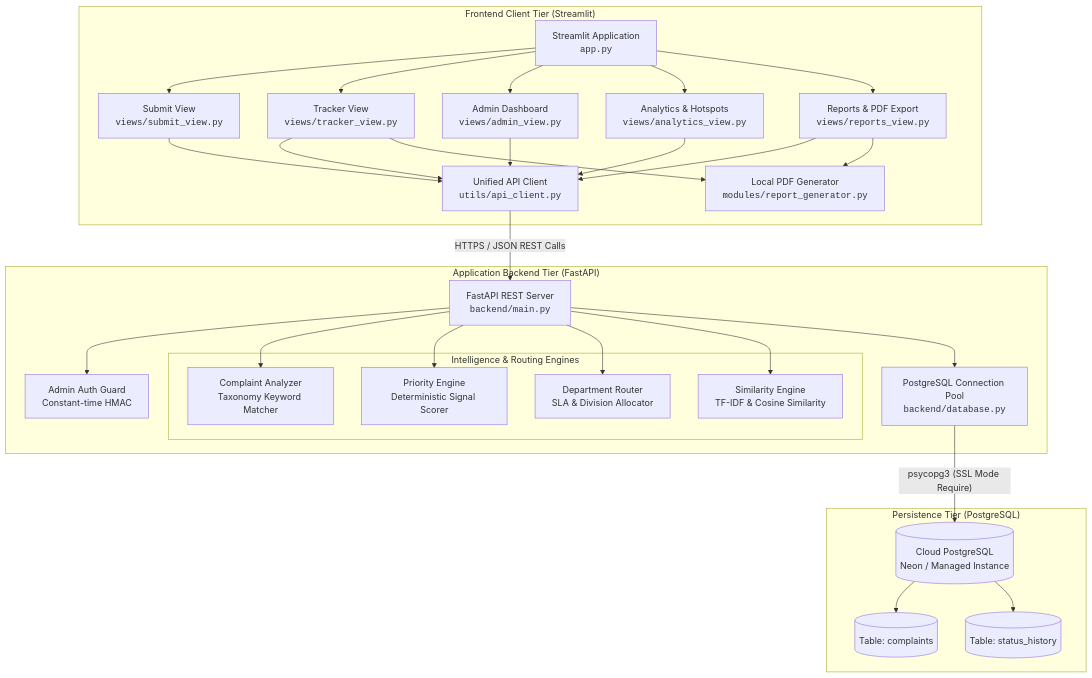
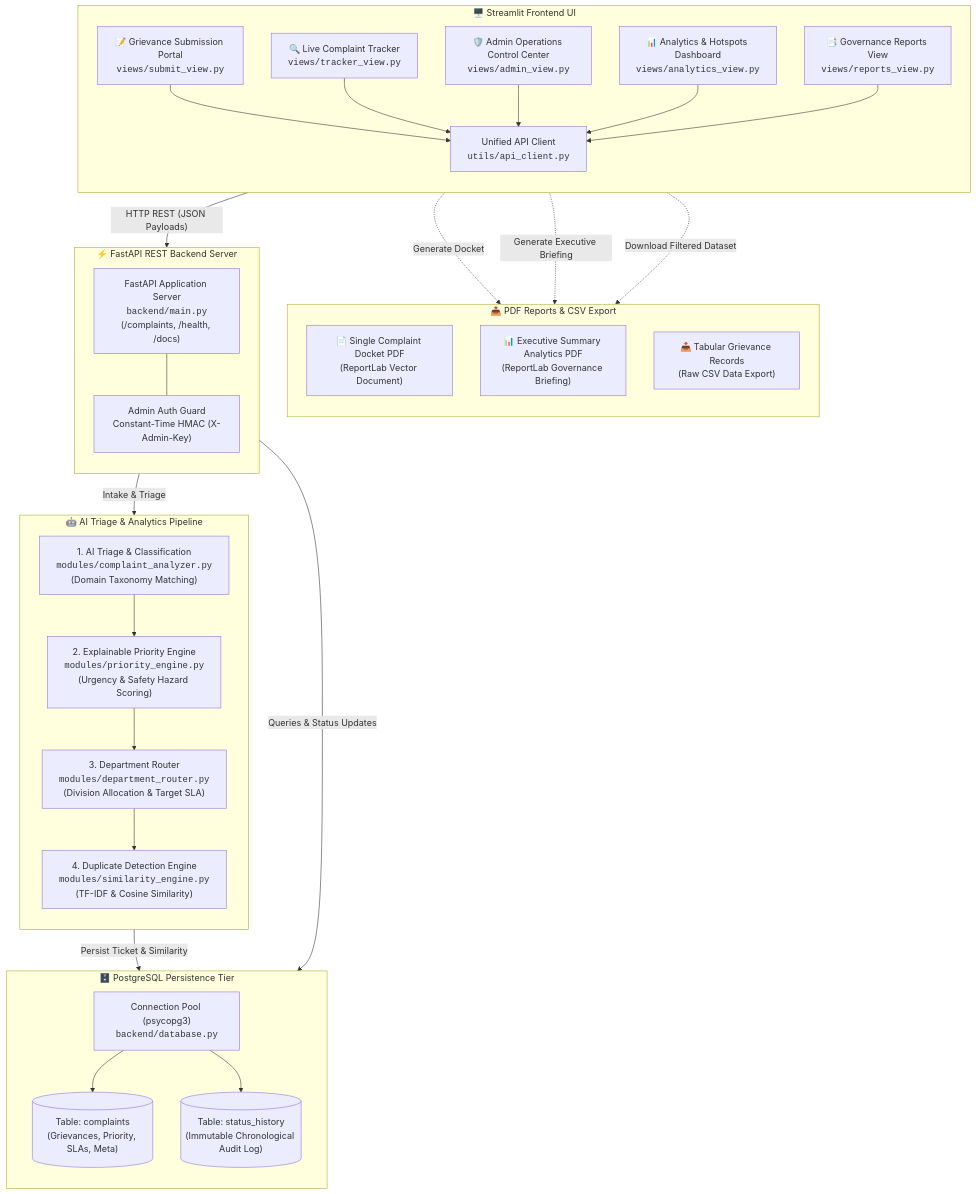
The first of 3 diagrams in docs/ARCHITECTURE.md (sandhiyabalasubramani/CivicPulse-AI), drawn with Mermaid before and after one commit. The commit also changed other lines of this file and 5 other files, not shown here.

````diff
--- a/docs/ARCHITECTURE.md
+++ b/docs/ARCHITECTURE.md
@@ -11,57 +11,64 @@
 ```mermaid
-flowchart TB
-    subgraph ClientLayer["Frontend Client Tier (Streamlit)"]
-        UI["Streamlit Application<br/><code>app.py</code>"]
-        V_Submit["Submit View<br/><code>views/submit_view.py</code>"]
-        V_Track["Tracker View<br/><code>views/tracker_view.py</code>"]
-        V_Admin["Admin Dashboard<br/><code>views/admin_view.py</code>"]
-        V_Analytics["Analytics & Hotspots<br/><code>views/analytics_view.py</code>"]
-        V_Reports["Reports & PDF Export<br/><code>views/reports_view.py</code>"]
-        ApiClient["Unified API Client<br/><code>utils/api_client.py</code>"]
-        PdfGen["Local PDF Generator<br/><code>modules/report_generator.py</code>"]
+flowchart TD
+    subgraph UI["🖥️ Streamlit Frontend UI"]
+        direction TB
+        V_Submit["📝 Grievance Submission Portal<br/><code>views/submit_view.py</code>"]
+        V_Track["🔍 Live Complaint Tracker<br/><code>views/tracker_view.py</code>"]
+        V_Admin["🛡️ Admin Operations Control Center<br/><code>views/admin_view.py</code>"]
+        V_Analytics["📊 Analytics & Hotspots Dashboard<br/><code>views/analytics_view.py</code>"]
+        V_Reports["📑 Governance Reports View<br/><code>views/reports_view.py</code>"]
+        API_Client["Unified API Client<br/><code>utils/api_client.py</code>"]
 
-        UI --> V_Submit
-        UI --> V_Track
-        UI --> V_Admin
-        UI --> V_Analytics
-        UI --> V_Reports
-        V_Submit --> ApiClient
-        V_Track --> ApiClient
-        V_Admin --> ApiClient
-        V_Analytics --> ApiClient
-        V_Reports --> ApiClient
-        V_Reports --> PdfGen
-        V_Track --> PdfGen
+        V_Submit --> API_Client
+        V_Track --> API_Client
+        V_Admin --> API_Client
+        V_Analytics --> API_Client
+        V_Reports --> API_Client
     end
 
-    subgraph ApiLayer["Application Backend Tier (FastAPI)"]
-        API["FastAPI REST Server<br/><code>backend/main.py</code>"]
-        AuthMiddleware["Admin Auth Guard<br/>Constant-time HMAC"]
-        
-        subgraph EngineLayer["Intelligence & Routing Engines"]
-            Analyzer["Complaint Analyzer<br/>Taxonomy Keyword Matcher"]
-            PriorityEng["Priority Engine<br/>Deterministic Signal Scorer"]
-            DeptRouter["Department Router<br/>SLA & Division Allocator"]
-            SimEngine["Similarity Engine<br/>TF-IDF & Cosine Similarity"]
-        end
-
-        DBPool["PostgreSQL Connection Pool<br/><code>backend/database.py</code>"]
+    subgraph Exports["📤 PDF Reports & CSV Export"]
+        direction TB
+        PDF_Docket["📄 Single Complaint Docket PDF<br/>(ReportLab Vector Document)"]
+        PDF_Summary["📊 Executive Summary Analytics PDF<br/>(ReportLab Governance Briefing)"]
+        CSV_Export["📥 Tabular Grievance Records<br/>(Raw CSV Data Export)"]
     end
 
-    subgraph DataLayer["Persistence Tier (PostgreSQL)"]
-        DB[(Cloud PostgreSQL<br/>Neon / Managed Instance)]
-        T_Complaints[("Table: complaints")]
-        T_History[("Table: status_history")]
-        DB --> T_Complaints
-        DB --> T_History
+    subgraph API["⚡ FastAPI REST Backend Server"]
+        direction TB
+        FastAPI_App["FastAPI Application Server<br/><code>backend/main.py</code><br/>(/complaints, /health, /docs)"]
+        Admin_Auth["Admin Auth Guard<br/>Constant-Time HMAC (X-Admin-Key)"]
+        FastAPI_App --- Admin_Auth
     end
 
-    ApiClient -- "HTTPS / JSON REST Calls" --> API
-    API --> AuthMiddleware
-    API --> Analyzer
-    API --> PriorityEng
-    API --> DeptRouter
-    API --> SimEngine
-    API --> DBPool
-    DBPool -- "psycopg3 (SSL Mode Require)" --> DB
+    subgraph AI["🤖 AI Triage & Analytics Pipeline"]
+        direction TB
+        AI_Triage["1. AI Triage & Classification<br/><code>modules/complaint_analyzer.py</code><br/>(Domain Taxonomy Matching)"]
+        Priority_Eng["2. Explainable Priority Engine<br/><code>modules/priority_engine.py</code><br/>(Urgency & Safety Hazard Scoring)"]
+        Dept_Router["3. Department Router<br/><code>modules/department_router.py</code><br/>(Division Allocation & Target SLA)"]
+        Duplicate_Detect["4. Duplicate Detection Engine<br/><code>modules/similarity_engine.py</code><br/>(TF-IDF & Cosine Similarity)"]
+
+        AI_Triage --> Priority_Eng
+        Priority_Eng --> Dept_Router
+        Dept_Router --> Duplicate_Detect
+    end
+
+    subgraph DB["🗄️ PostgreSQL Persistence Tier"]
+        direction TB
+        DB_Pool["Connection Pool (psycopg3)<br/><code>backend/database.py</code>"]
+        T_Complaints[("Table: complaints<br/>(Grievances, Priority, SLAs, Meta)")]
+        T_History[("Table: status_history<br/>(Immutable Chronological Audit Log)")]
+        DB_Pool --> T_Complaints
+        DB_Pool --> T_History
+    end
+
+    %% Main End-to-End Pipeline
+    API_Client -- "HTTP REST (JSON Payloads)" --> FastAPI_App
+    FastAPI_App -- "Intake & Triage" --> AI_Triage
+    Duplicate_Detect -- "Persist Ticket & Similarity" --> DB_Pool
+    FastAPI_App -- "Queries & Status Updates" --> DB_Pool
+
+    %% Export Generation
+    V_Track -. "Generate Docket" .-> PDF_Docket
+    V_Reports -. "Generate Executive Briefing" .-> PDF_Summary
+    V_Reports -. "Download Filtered Dataset" .-> CSV_Export
 ```
````
